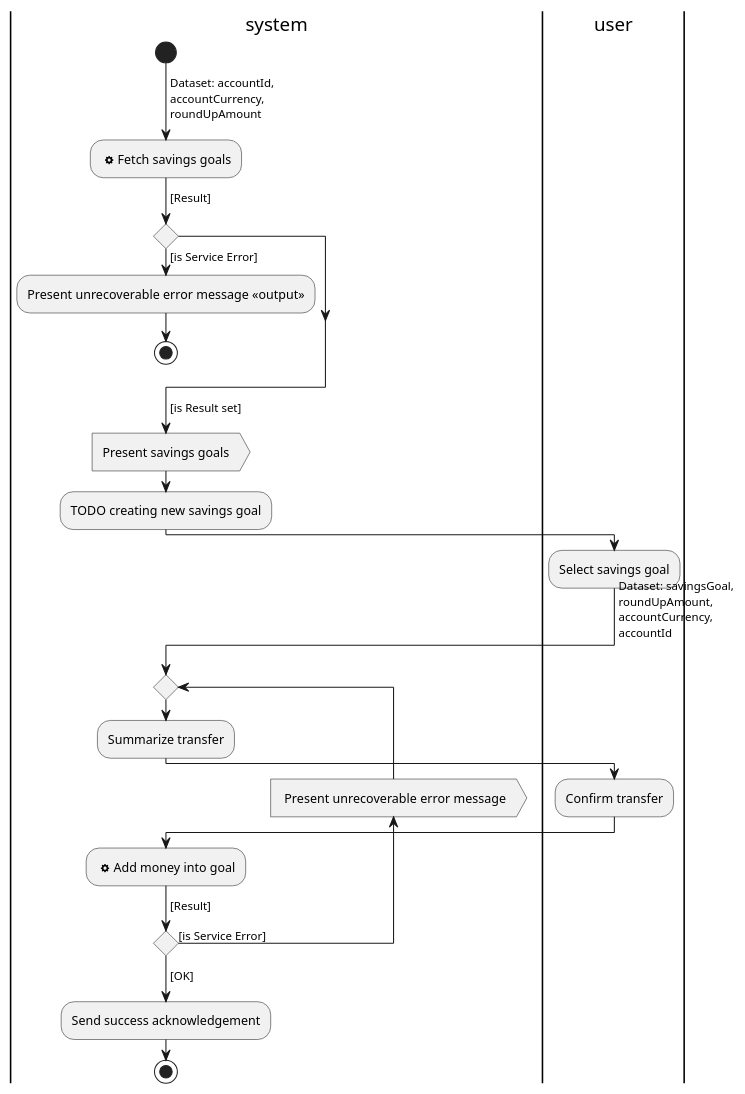
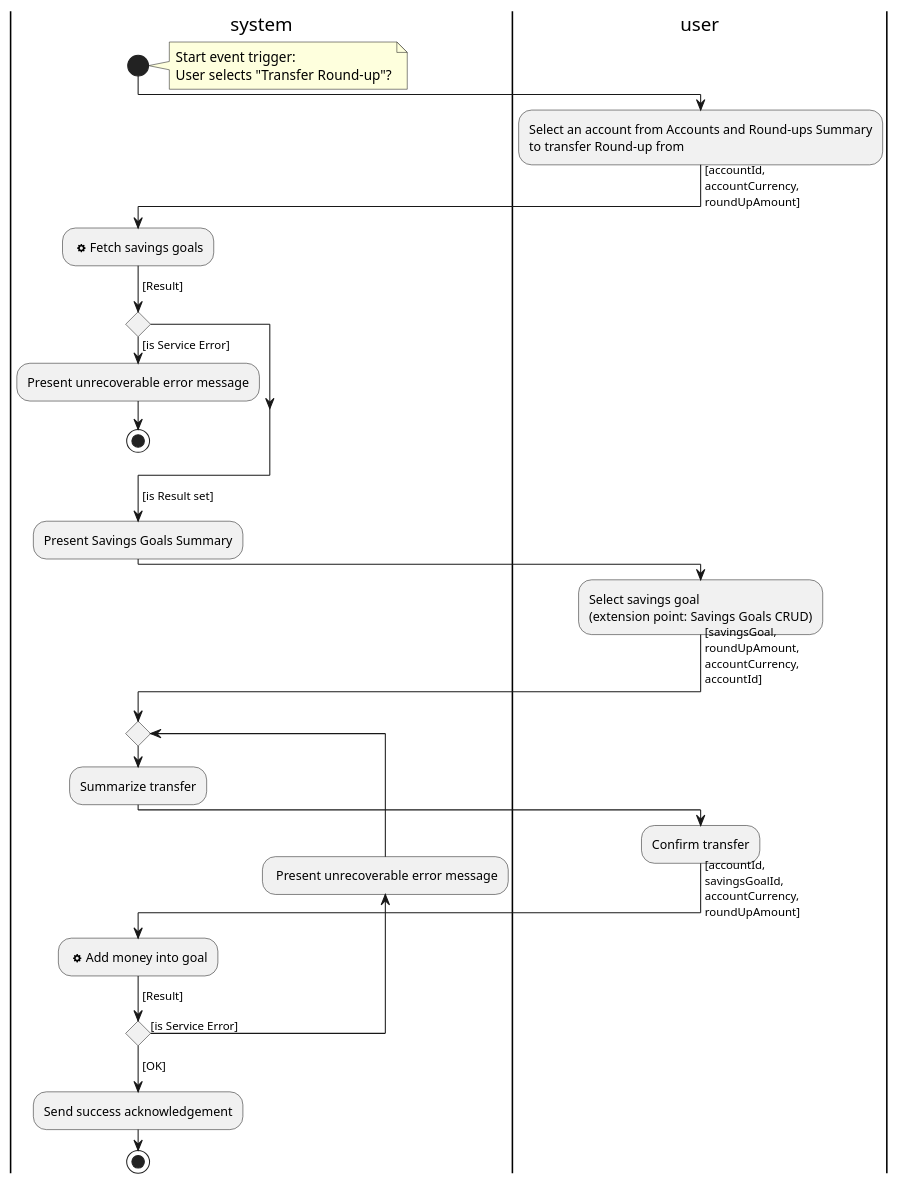
Before and after one commit to hristo-stefanov/MiniBankingDemo: the diagram in diagrams/Transfer Activity Diagram.puml, drawn with PlantUML.

Commit message:
Refine Transfer Activity Diagram.puml

```diff
--- a/diagrams/Transfer Activity Diagram.puml
+++ b/diagrams/Transfer Activity Diagram.puml
@@ -1,60 +1,73 @@
 @startuml
 'https://plantuml.com/activity-diagram-beta
 
 |system|
 start
+note right
+Start event trigger:
+User selects "Transfer Round-up"?
+endnote
+
+|user|
+:Select an account from Accounts and Round-ups Summary
+to transfer Round-up from;
 'passed to SavingsGoalsFragment
--> Dataset: accountId,
+-> [accountId,
 accountCurrency,
-roundUpAmount;
+roundUpAmount];
+
+|system|
 
 'ListSavingGoalsInteractor
 : <&cog> Fetch savings goals;
 -> [Result];
 
 'SavingsGoalsViewModel
 if () then ([is Service Error])
-'TODO make it clear that it is not a transient message - it displays a dialog, not a snackbar
-    :Present unrecoverable error message <<output>>;
-    'TODO make it clear that it doesn't return to the main screen
+    'displays a dialog, not a snackbar
+    'doesn't return to the main screen
+    :Present unrecoverable error message; <<sendSignal>>
     stop
 endif
 -> [is Result set];
 
-:Present savings goals; <<output>>
-:TODO creating new savings goal;
+:Present Savings Goals Summary; <<sendSignal>>
 |user|
-:Select savings goal;
+:Select savings goal
+(extension point: Savings Goals CRUD);
 |system|
 'passed to TransferConfirmationFragment
-->Dataset: savingsGoal,
+->[savingsGoal,
 roundUpAmount,
 accountCurrency,
-accountId
+accountId]
 ;
 
 repeat
 'TransferConfirmationViewModel
 :Summarize transfer;
 
 |user|
 :Confirm transfer;
+-> [accountId,
+savingsGoalId,
+accountCurrency,
+roundUpAmount];
 |system|
 'AddMoneyIntoGoalInteractor
 : <&cog> Add money into goal;
 -> [Result];
 
-'TODO make it clear that it is not a transient message - it displays a dialog, not a snackbar
-backward: Present unrecoverable error message; <<output>>
+'displays a dialog, not a snackbar
+backward: Present unrecoverable error message; <<sendSignal>>
 
 repeat while () is ([is Service Error])
 -> [OK];
 
 'TransferConfirmationViewModel
-:Send success acknowledgement;
+'and returns to the main screen - navigationChannel.send(Navigation.Before(R.id.savingsGoalsDestination))
+:Send success acknowledgement; <<sendSignal>>
 
-'TransferConfirmationViewModel
-'TODO model returning to the main screen - navigationChannel.send(Navigation.Before(R.id.savingsGoalsDestination))
 stop
 
 @enduml
```
